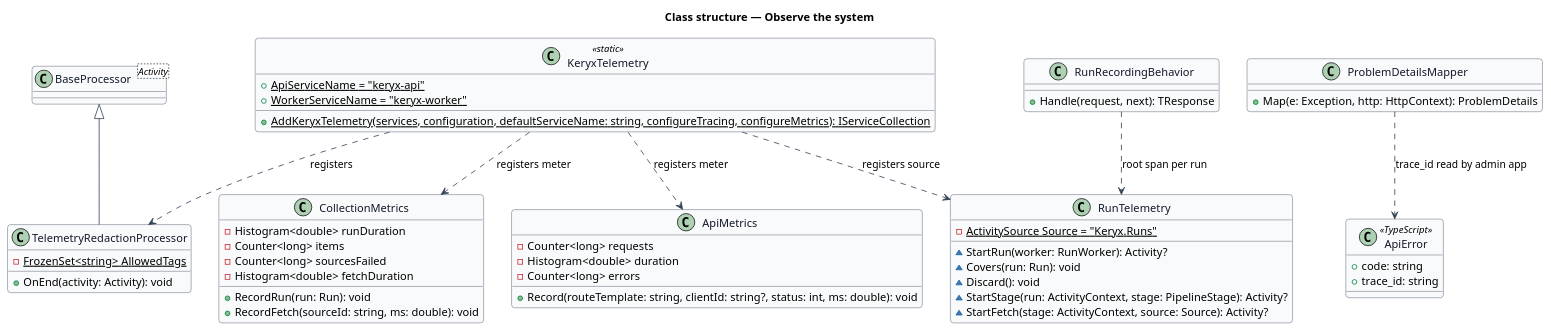
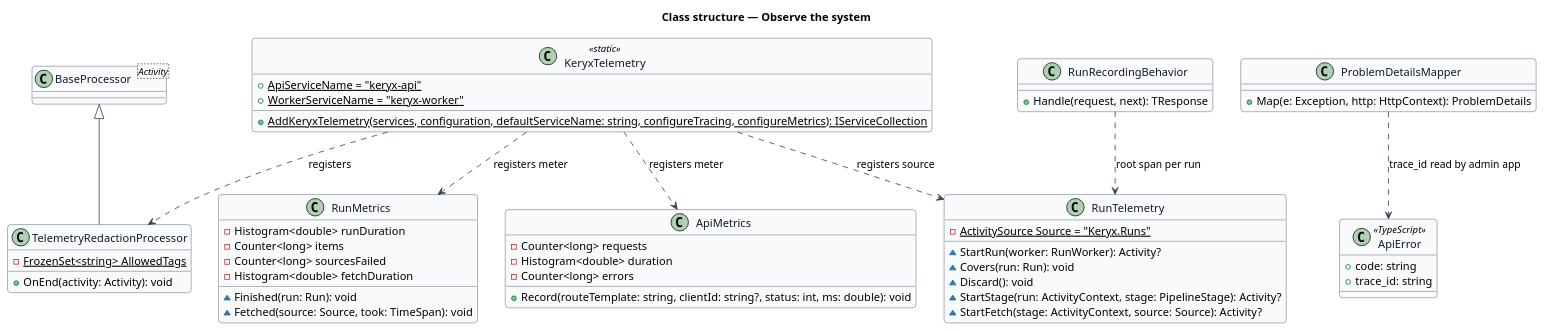
One commit to QuinntyneBrown/keryx changed the diagram in docs/detailed-designs/operations/observe-the-system/diagrams/class-structure.puml. Above: the diagram before and after it, drawn with PlantUML. The commit also changed 14 other files, not shown here.

First line of the commit message:
Measure collection runs: duration, items, failed sources and fetch latency

```diff
--- a/docs/detailed-designs/operations/observe-the-system/diagrams/class-structure.puml
+++ b/docs/detailed-designs/operations/observe-the-system/diagrams/class-structure.puml
@@ -1,66 +1,66 @@
 @startuml
 ' --- shared skin header ---
 skinparam backgroundColor #FFFFFF
 skinparam shadowing false
 skinparam roundcorner 8
 skinparam defaultFontName Arial
 skinparam ArrowColor #344054
 skinparam class {
   BorderColor #344054
   FontColor #101828
   BackgroundColor #F9FAFB
 }
 ' --------------------------
 title Class structure — Observe the system
 
 class KeryxTelemetry <<static>> {
   +{static} ApiServiceName = "keryx-api"
   +{static} WorkerServiceName = "keryx-worker"
   +{static} AddKeryxTelemetry(services, configuration, defaultServiceName: string, configureTracing, configureMetrics): IServiceCollection
 }
 class TelemetryRedactionProcessor {
   -{static} FrozenSet<string> AllowedTags
   +OnEnd(activity: Activity): void
 }
 class RunTelemetry {
   -{static} ActivitySource Source = "Keryx.Runs"
   ~StartRun(worker: RunWorker): Activity?
   ~Covers(run: Run): void
   ~Discard(): void
   ~StartStage(run: ActivityContext, stage: PipelineStage): Activity?
   ~StartFetch(stage: ActivityContext, source: Source): Activity?
 }
 class RunRecordingBehavior {
   +Handle(request, next): TResponse
 }
-class CollectionMetrics {
+class RunMetrics {
   -Histogram<double> runDuration
   -Counter<long> items
   -Counter<long> sourcesFailed
   -Histogram<double> fetchDuration
-  +RecordRun(run: Run): void
-  +RecordFetch(sourceId: string, ms: double): void
+  ~Finished(run: Run): void
+  ~Fetched(source: Source, took: TimeSpan): void
 }
 class ApiMetrics {
   -Counter<long> requests
   -Histogram<double> duration
   -Counter<long> errors
   +Record(routeTemplate: string, clientId: string?, status: int, ms: double): void
 }
 class ProblemDetailsMapper {
   +Map(e: Exception, http: HttpContext): ProblemDetails
 }
 class "BaseProcessor<Activity>" as BP
 class ApiError <<TypeScript>> {
   +code: string
   +trace_id: string
 }
 
 BP <|-- TelemetryRedactionProcessor
 KeryxTelemetry ..> TelemetryRedactionProcessor : registers
 KeryxTelemetry ..> RunTelemetry : registers source
 RunRecordingBehavior ..> RunTelemetry : root span per run
-KeryxTelemetry ..> CollectionMetrics : registers meter
+KeryxTelemetry ..> RunMetrics : registers meter
 KeryxTelemetry ..> ApiMetrics : registers meter
 ProblemDetailsMapper ..> ApiError : trace_id read by admin app
 @enduml
```
